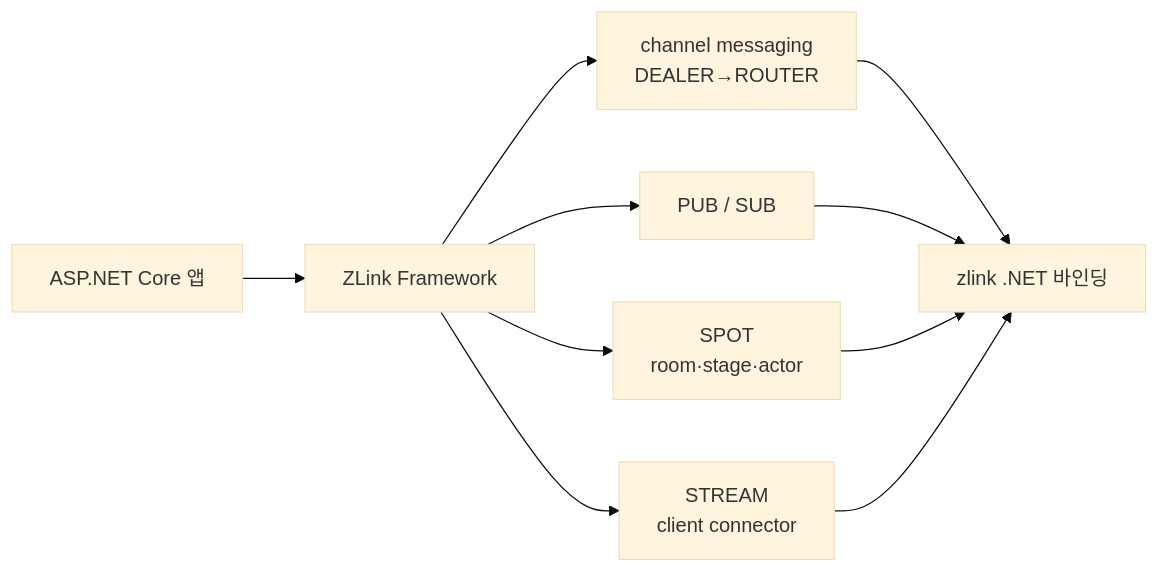
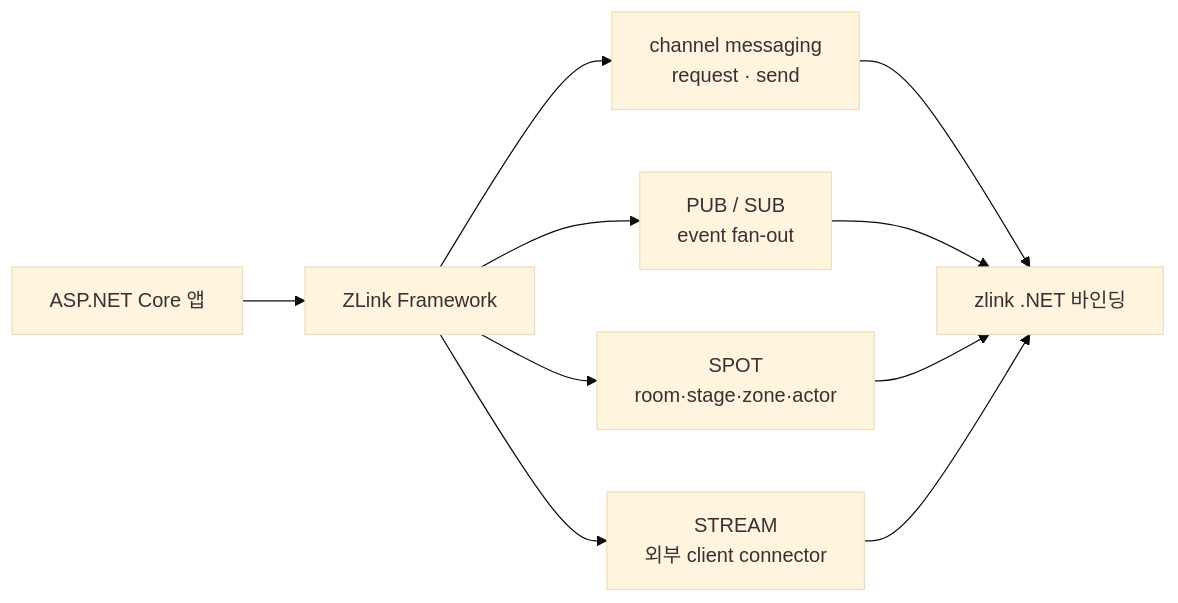
Before and after one commit to kairos-code-dev/zlink: the diagram in framework/languages/dotnet/doc/guide/01-overview.ko.md, drawn with Mermaid (base theme). The commit also changed other lines of this file and 1 other file, not shown here.

````diff
--- a/framework/languages/dotnet/doc/guide/01-overview.ko.md
+++ b/framework/languages/dotnet/doc/guide/01-overview.ko.md
@@ -73,9 +105,9 @@
 ```mermaid
 flowchart LR
   App[ASP.NET Core 앱] --> FW[ZLink Framework]
-  FW --> CM[channel messaging<br/>DEALER→ROUTER]
-  FW --> PS[PUB / SUB]
-  FW --> SP[SPOT<br/>room·stage·actor]
-  FW --> ST[STREAM<br/>client connector]
+  FW --> CM[channel messaging<br/>request · send]
+  FW --> PS[PUB / SUB<br/>event fan-out]
+  FW --> SP[SPOT<br/>room·stage·zone·actor]
+  FW --> ST[STREAM<br/>외부 client connector]
   CM & PS & SP & ST --> ZB[zlink .NET 바인딩]
 ```
````
